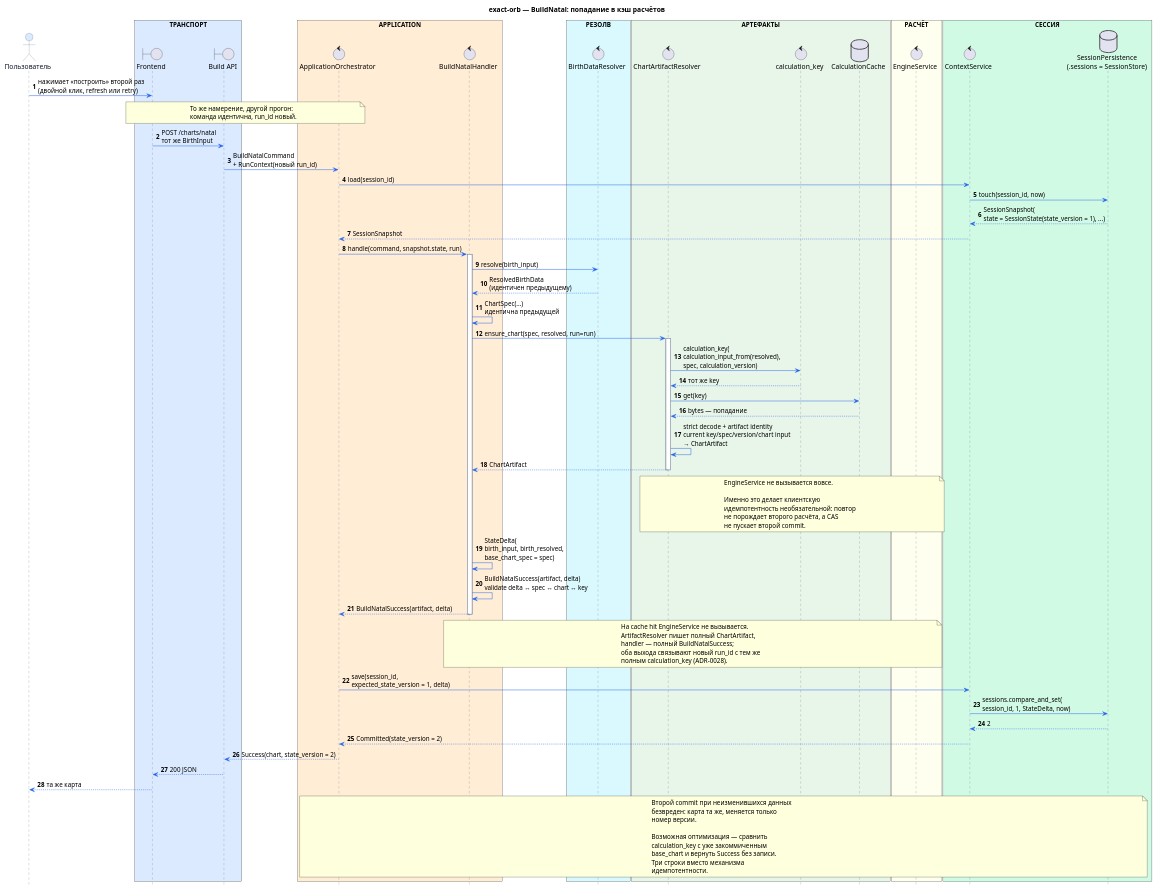
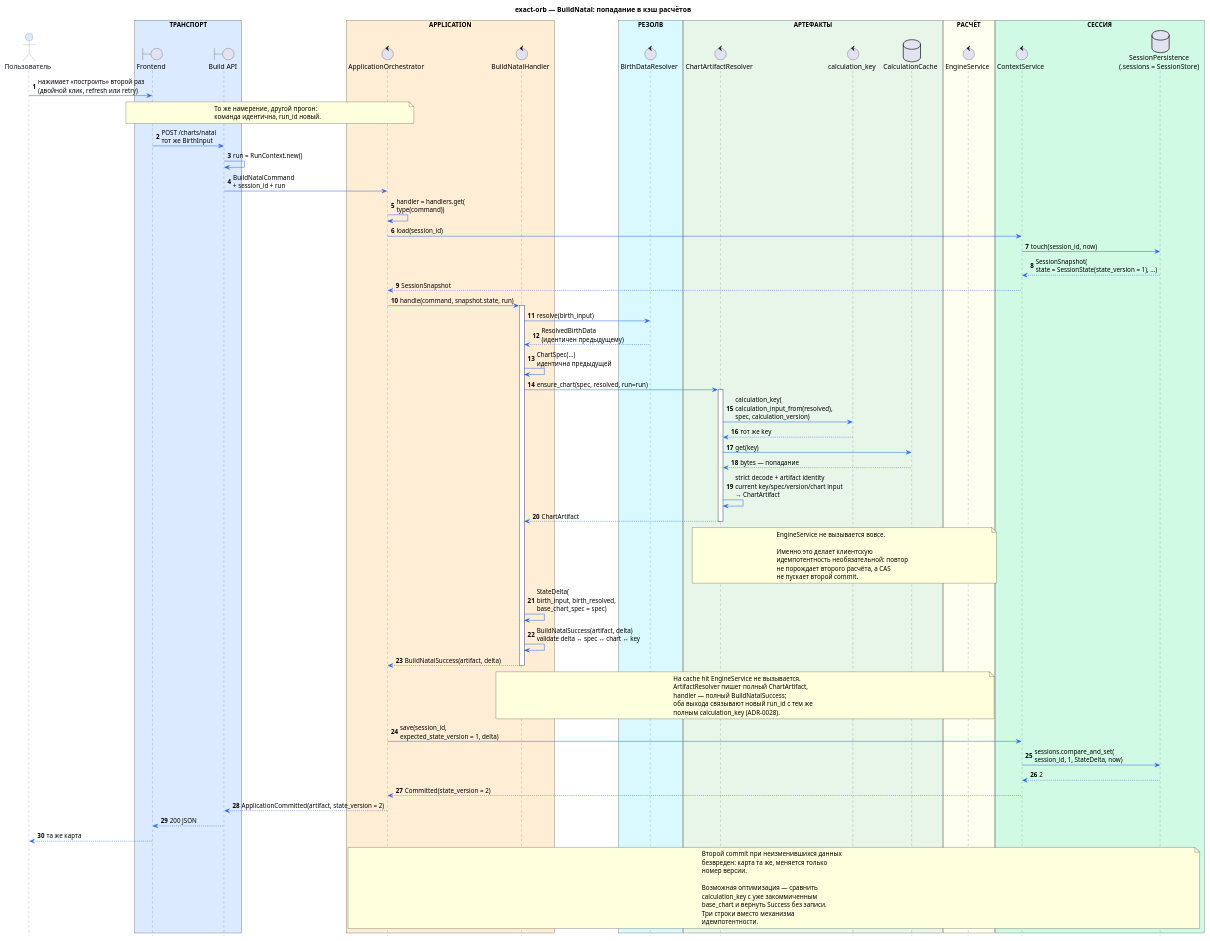
The diagram in docs/sequence_diagrams/build_natal/002-build_natal_cache_hit.puml (ksenia-baranova/exact-orb-demo), drawn with PlantUML before and after one commit. The commit also changed 28 other files, not shown here.

Commit message:
docs: update architecture diagrams, overview, and scenarios

```diff
--- a/docs/sequence_diagrams/build_natal/002-build_natal_cache_hit.puml
+++ b/docs/sequence_diagrams/build_natal/002-build_natal_cache_hit.puml
@@ -1,148 +1,150 @@
 @startuml
 title exact-orb — BuildNatal: попадание в кэш расчётов
 
 ' Повторный запрос с теми же данными: спека и ResolvedBirthData совпадают,
 ' значит совпадает calculation_key. Движок не вызывается.
 
 autonumber
 hide footbox
 
 skinparam shadowing false
 skinparam responseMessageBelowArrow true
 
 skinparam sequence {
     ArrowColor #2563EB
     LifeLineBorderColor #64748B
     LifeLineBackgroundColor #FFFFFF
 
     ParticipantBorderColor #64748B
     ParticipantFontColor #0F172A
     ParticipantBackgroundColor #F8FAFC
 
     ActorBorderColor #64748B
     ActorFontColor #0F172A
     ActorBackgroundColor #DBEAFE
 
     GroupBorderColor #94A3B8
     GroupHeaderFontColor #1E293B
 
     DividerBorderColor #94A3B8
     DividerFontColor #1E293B
 
     NoteBorderColor #94A3B8
     NoteBackgroundColor #FFFBEA
     NoteFontColor #334155
 }
 
 actor "Пользователь" as User
 
 box "ТРАНСПОРТ" #DBEAFE
     boundary "Frontend" as FE
     boundary "Build API" as API
 end box
 
 box "APPLICATION" #FFEDD5
     control "ApplicationOrchestrator" as Orch
     control "BuildNatalHandler" as Handler
 end box
 
 box "РЕЗОЛВ" #D9F9FF
     control "BirthDataResolver" as Resolver
 end box
 
 box "АРТЕФАКТЫ" #E8F5E9
     control "ChartArtifactResolver" as Artifacts
     control "calculation_key" as Keys
     database "CalculationCache" as Cache
 end box
 
 box "РАСЧЁТ" #FFFFF0
     control "EngineService" as Engine
 end box
 
 box "СЕССИЯ" #D1FAE5
     control "ContextService" as Context
     database "SessionPersistence\n(.sessions = SessionStore)" as Store
 end box
 
 
 User -> FE : нажимает «построить» второй раз\n(двойной клик, refresh или retry)
 
 note over FE, Orch
 То же намерение, другой прогон:
 команда идентична, run_id новый.
 end note
 FE -> API : POST /charts/natal\nтот же BirthInput
-API -> Orch : BuildNatalCommand\n+ RunContext(новый run_id)
+API -> API : run = RunContext.new()
+API -> Orch : BuildNatalCommand\n+ session_id + run
 
+Orch -> Orch : handler = handlers.get(\ntype(command))
 Orch -> Context : load(session_id)
 Context -> Store : touch(session_id, now)
 Store --> Context : SessionSnapshot(\nstate = SessionState(state_version = 1), ...)
 Context --> Orch : SessionSnapshot
 
 Orch -> Handler : handle(command, snapshot.state, run)
 activate Handler
 
 Handler -> Resolver : resolve(birth_input)
 Resolver --> Handler : ResolvedBirthData\n(идентичен предыдущему)
 
 Handler -> Handler : ChartSpec(...)\nидентична предыдущей
 
 Handler -> Artifacts : ensure_chart(spec, resolved, run=run)
 activate Artifacts
 
 Artifacts -> Keys : calculation_key(\ncalculation_input_from(resolved),\nspec, calculation_version)
 Keys --> Artifacts : тот же key
 
 Artifacts -> Cache : get(key)
 Cache --> Artifacts : bytes — попадание
 Artifacts -> Artifacts : strict decode + artifact identity\ncurrent key/spec/version/chart input\n→ ChartArtifact
 
 Artifacts --> Handler : ChartArtifact
 deactivate Artifacts
 
 note over Artifacts, Engine
 EngineService не вызывается вовсе.
 
 Именно это делает клиентскую
 идемпотентность необязательной: повтор
 не порождает второго расчёта, а CAS
 не пускает второй commit.
 end note
 
 Handler -> Handler : StateDelta(\nbirth_input, birth_resolved,\nbase_chart_spec = spec)
 Handler -> Handler : BuildNatalSuccess(artifact, delta)\nvalidate delta ↔ spec ↔ chart ↔ key
 
 Handler --> Orch : BuildNatalSuccess(artifact, delta)
 deactivate Handler
 
 note over Handler, Engine
 На cache hit EngineService не вызывается.
 ArtifactResolver пишет полный ChartArtifact,
 handler — полный BuildNatalSuccess;
 оба выхода связывают новый run_id с тем же
 полным calculation_key (ADR-0028).
 end note
 
 Orch -> Context : save(session_id,\nexpected_state_version = 1, delta)
 Context -> Store : sessions.compare_and_set(\nsession_id, 1, StateDelta, now)
 Store --> Context : 2
 Context --> Orch : Committed(state_version = 2)
 
-Orch --> API : Success(chart, state_version = 2)
+Orch --> API : ApplicationCommitted(artifact, state_version = 2)
 API --> FE : 200 JSON
 FE --> User : та же карта
 
 note over Orch, Store
 Второй commit при неизменившихся данных
 безвреден: карта та же, меняется только
 номер версии.
 
 Возможная оптимизация — сравнить
 calculation_key с уже закоммиченным
 base_chart и вернуть Success без записи.
 Три строки вместо механизма
 идемпотентности.
 end note
 
 @enduml
```
